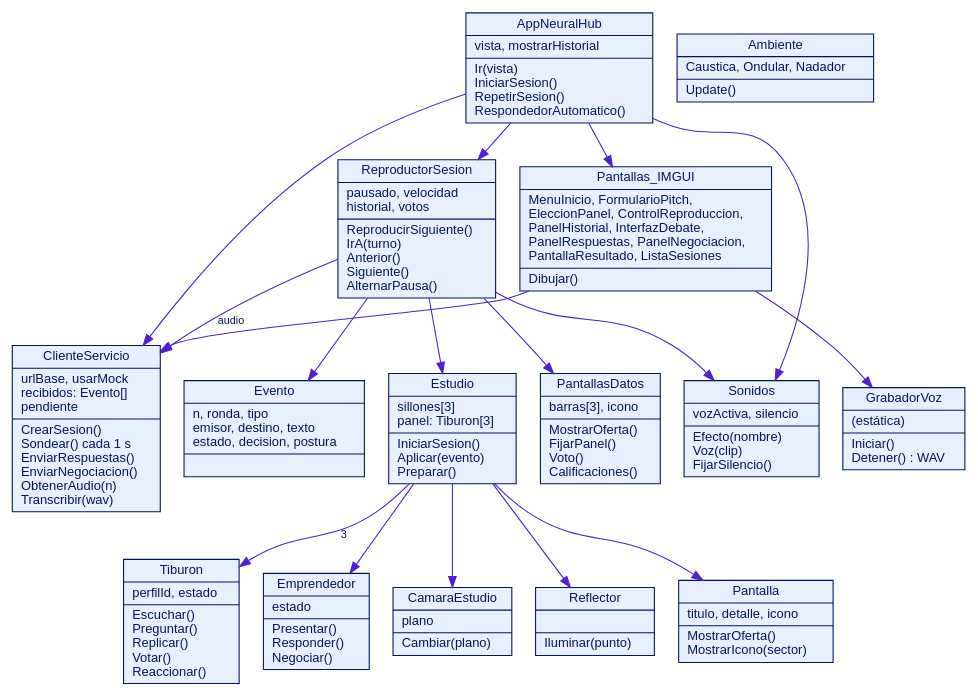
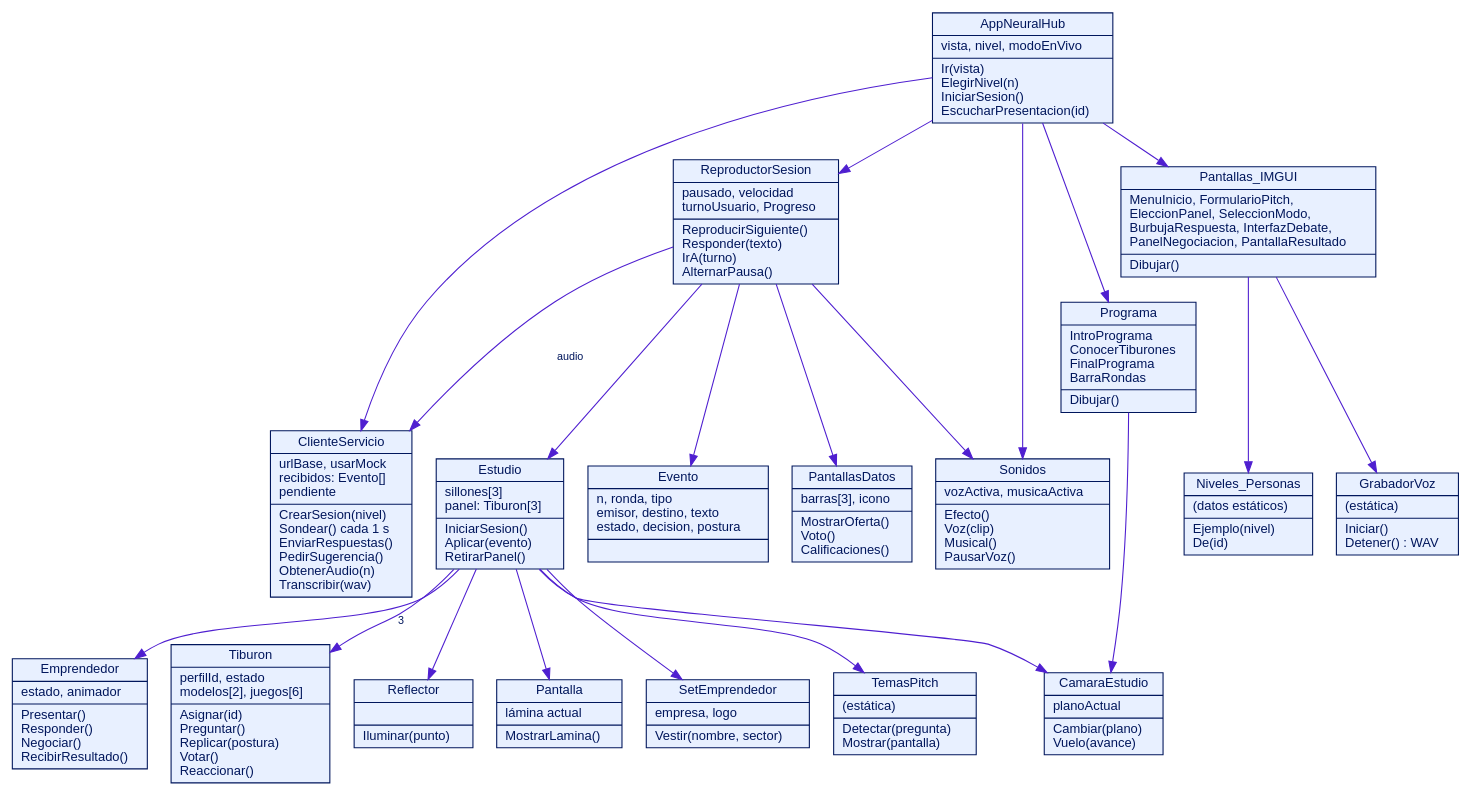
One commit to albertolopezb/NeuralHub changed the diagram in docs/figuras/f05b_clases_unity.dot. Above: the diagram before and after it, drawn with Graphviz. The commit also changed 173 other files, not shown here.

Commit message:
Incremento 2: regla de contraofertas, texto completo en pantalla, sugerencia por pregunta, mediciones y documento corregidos

```diff
--- a/docs/figuras/f05b_clases_unity.dot
+++ b/docs/figuras/f05b_clases_unity.dot
@@ -1,20 +1,24 @@
 digraph G{ bgcolor=white; fontname="Helvetica"; node[fontname="Helvetica",fontsize=12,color="#00165C",fontcolor="#00165C",shape=record,style=filled]; edge[fontname="Helvetica",fontsize=10,color="#4F1FD0",fontcolor="#00165C"]; rankdir=TB; nodesep=.3; ranksep=.45;
-AppNeuralHub[fillcolor="#E8F0FF",label="{AppNeuralHub|vista, mostrarHistorial\l|Ir(vista)\lIniciarSesion()\lRepetirSesion()\lRespondedorAutomatico()\l}"];
-ClienteServicio[fillcolor="#E8F0FF",label="{ClienteServicio|urlBase, usarMock\lrecibidos: Evento[]\lpendiente\l|CrearSesion()\lSondear() cada 1 s\lEnviarRespuestas()\lEnviarNegociacion()\lObtenerAudio(n)\lTranscribir(wav)\l}"];
-ReproductorSesion[fillcolor="#E8F0FF",label="{ReproductorSesion|pausado, velocidad\lhistorial, votos\l|ReproducirSiguiente()\lIrA(turno)\lAnterior()\lSiguiente()\lAlternarPausa()\l}"];
-Estudio[fillcolor="#E8F0FF",label="{Estudio|sillones[3]\lpanel: Tiburon[3]\l|IniciarSesion()\lAplicar(evento)\lPreparar()\l}"];
-Tiburon[fillcolor="#E8F0FF",label="{Tiburon|perfilId, estado\l|Escuchar()\lPreguntar()\lReplicar()\lVotar()\lReaccionar()\l}"];
-Emprendedor[fillcolor="#E8F0FF",label="{Emprendedor|estado\l|Presentar()\lResponder()\lNegociar()\l}"];
-CamaraEstudio[fillcolor="#E8F0FF",label="{CamaraEstudio|plano\l|Cambiar(plano)\l}"];
+AppNeuralHub[fillcolor="#E8F0FF",label="{AppNeuralHub|vista, nivel, modoEnVivo\l|Ir(vista)\lElegirNivel(n)\lIniciarSesion()\lEscucharPresentacion(id)\l}"];
+ClienteServicio[fillcolor="#E8F0FF",label="{ClienteServicio|urlBase, usarMock\lrecibidos: Evento[]\lpendiente\l|CrearSesion(nivel)\lSondear() cada 1 s\lEnviarRespuestas()\lPedirSugerencia()\lObtenerAudio(n)\lTranscribir(wav)\l}"];
+ReproductorSesion[fillcolor="#E8F0FF",label="{ReproductorSesion|pausado, velocidad\lturnoUsuario, Progreso\l|ReproducirSiguiente()\lResponder(texto)\lIrA(turno)\lAlternarPausa()\l}"];
+Estudio[fillcolor="#E8F0FF",label="{Estudio|sillones[3]\lpanel: Tiburon[3]\l|IniciarSesion()\lAplicar(evento)\lRetirarPanel()\l}"];
+Tiburon[fillcolor="#E8F0FF",label="{Tiburon|perfilId, estado\lmodelos[2], juegos[6]\l|Asignar(id)\lPreguntar()\lReplicar(postura)\lVotar()\lReaccionar()\l}"];
+Emprendedor[fillcolor="#E8F0FF",label="{Emprendedor|estado, animador\l|Presentar()\lResponder()\lNegociar()\lRecibirResultado()\l}"];
+CamaraEstudio[fillcolor="#E8F0FF",label="{CamaraEstudio|planoActual\l|Cambiar(plano)\lVuelo(avance)\l}"];
 Reflector[fillcolor="#E8F0FF",label="{Reflector||Iluminar(punto)\l}"];
-Pantalla[fillcolor="#E8F0FF",label="{Pantalla|titulo, detalle, icono\l|MostrarOferta()\lMostrarIcono(sector)\l}"];
-PantallasDatos[fillcolor="#E8F0FF",label="{PantallasDatos|barras[3], icono\l|MostrarOferta()\lFijarPanel()\lVoto()\lCalificaciones()\l}"];
-Sonidos[fillcolor="#E8F0FF",label="{Sonidos|vozActiva, silencio\l|Efecto(nombre)\lVoz(clip)\lFijarSilencio()\l}"];
+Pantalla[fillcolor="#E8F0FF",label="{Pantalla|lámina actual\l|MostrarLamina()\l}"];
+PantallasDatos[fillcolor="#E8F0FF",label="{PantallasDatos|barras[3], icono\l|MostrarOferta()\lVoto()\lCalificaciones()\l}"];
+SetEmprendedor[fillcolor="#E8F0FF",label="{SetEmprendedor|empresa, logo\l|Vestir(nombre, sector)\l}"];
+Sonidos[fillcolor="#E8F0FF",label="{Sonidos|vozActiva, musicaActiva\l|Efecto()\lVoz(clip)\lMusical()\lPausarVoz()\l}"];
+TemasPitch[fillcolor="#E8F0FF",label="{TemasPitch|(estática)\l|Detectar(pregunta)\lMostrar(pantalla)\l}"];
+Niveles_Personas[fillcolor="#E8F0FF",label="{Niveles_Personas|(datos estáticos)\l|Ejemplo(nivel)\lDe(id)\l}"];
 GrabadorVoz[fillcolor="#E8F0FF",label="{GrabadorVoz|(estática)\l|Iniciar()\lDetener() : WAV\l}"];
-Ambiente[fillcolor="#E8F0FF",label="{Ambiente|Caustica, Ondular, Nadador\l|Update()\l}"];
 Evento[fillcolor="#E8F0FF",label="{Evento|n, ronda, tipo\lemisor, destino, texto\lestado, decision, postura\l|}"];
-Pantallas_IMGUI[fillcolor="#E8F0FF",label="{Pantallas_IMGUI|MenuInicio, FormularioPitch,\lEleccionPanel, ControlReproduccion,\lPanelHistorial, InterfazDebate,\lPanelRespuestas, PanelNegociacion,\lPantallaResultado, ListaSesiones\l|Dibujar()\l}"];
-AppNeuralHub->ClienteServicio; AppNeuralHub->ReproductorSesion; AppNeuralHub->Pantallas_IMGUI; AppNeuralHub->Sonidos;
+Programa[fillcolor="#E8F0FF",label="{Programa|IntroPrograma\lConocerTiburones\lFinalPrograma\lBarraRondas\l|Dibujar()\l}"];
+Pantallas_IMGUI[fillcolor="#E8F0FF",label="{Pantallas_IMGUI|MenuInicio, FormularioPitch,\lEleccionPanel, SeleccionModo,\lBurbujaRespuesta, InterfazDebate,\lPanelNegociacion, PantallaResultado\l|Dibujar()\l}"];
+AppNeuralHub->ClienteServicio; AppNeuralHub->ReproductorSesion; AppNeuralHub->Pantallas_IMGUI; AppNeuralHub->Programa; AppNeuralHub->Sonidos;
 ReproductorSesion->Estudio; ReproductorSesion->PantallasDatos; ReproductorSesion->Sonidos; ReproductorSesion->Evento; ReproductorSesion->ClienteServicio[label="audio"];
-Estudio->Tiburon[label="3"]; Estudio->Emprendedor; Estudio->CamaraEstudio; Estudio->Reflector; Estudio->Pantalla; Pantallas_IMGUI->GrabadorVoz; Pantallas_IMGUI->ClienteServicio;
+Estudio->Tiburon[label="3"]; Estudio->Emprendedor; Estudio->CamaraEstudio; Estudio->Reflector; Estudio->Pantalla; Estudio->SetEmprendedor; Estudio->TemasPitch;
+Pantallas_IMGUI->GrabadorVoz; Pantallas_IMGUI->Niveles_Personas; Programa->CamaraEstudio;
 }
```
